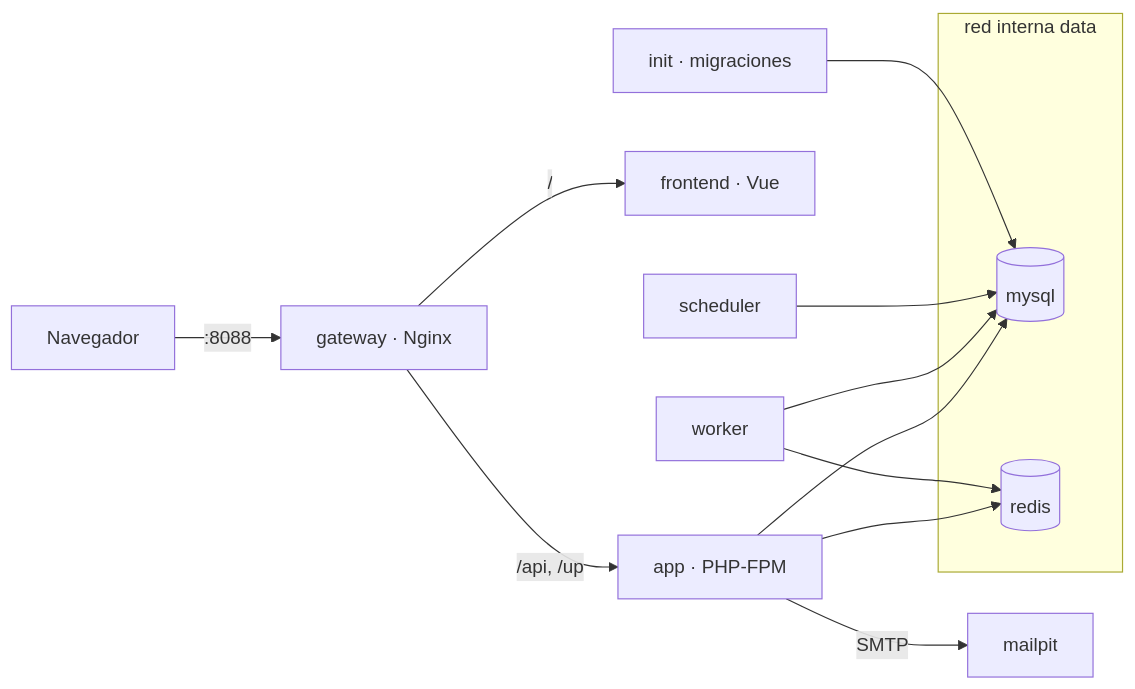
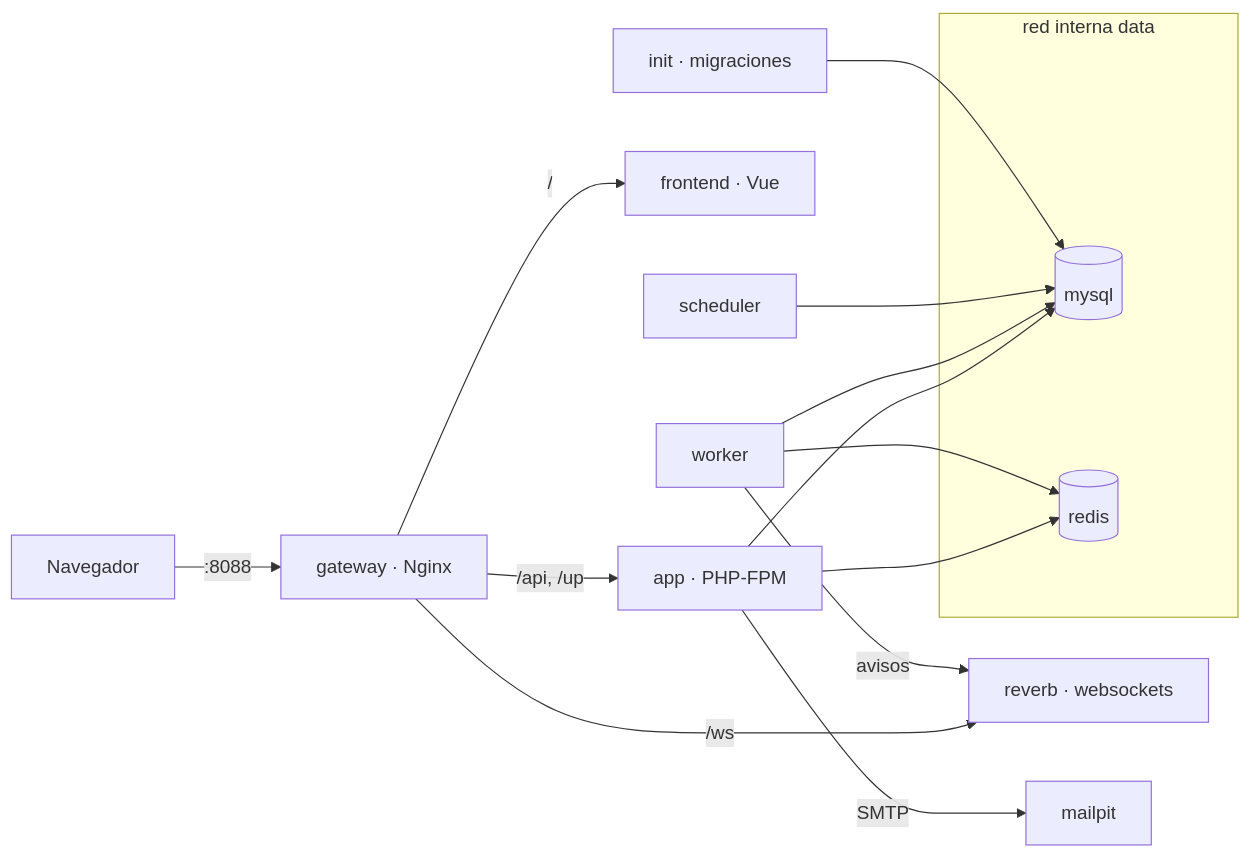
One commit to Daniuh/trazo changed the diagram in docs/operacion/docker.md. Above: the diagram before and after it, drawn with Mermaid. The commit also changed other lines of this file and 74 other files, not shown here.

Commit message:
feat(realtime): avisos en tiempo real con Reverb por canales privados, sin datos y con cambios de sesión en vivo

````diff
--- a/docs/operacion/docker.md
+++ b/docs/operacion/docker.md
@@ -22,18 +22,20 @@
 ```mermaid
 flowchart LR
   U[Navegador] -->|:8088| G[gateway · Nginx]
   G -->|/api, /up| A[app · PHP-FPM]
   G -->|/| F[frontend · Vue]
   A --> M[(mysql)]
   A --> R[(redis)]
   W[worker] --> R
   W --> M
   S[scheduler] --> M
+  G -->|/ws| V[reverb · websockets]
+  W -->|avisos| V
   I[init · migraciones] --> M
   A -->|SMTP| P[mailpit]
 
   subgraph data [red interna data]
     M
     R
   end
 ```
````
